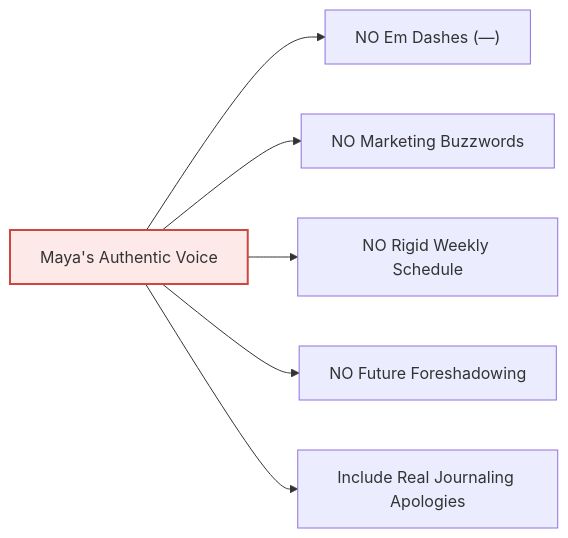
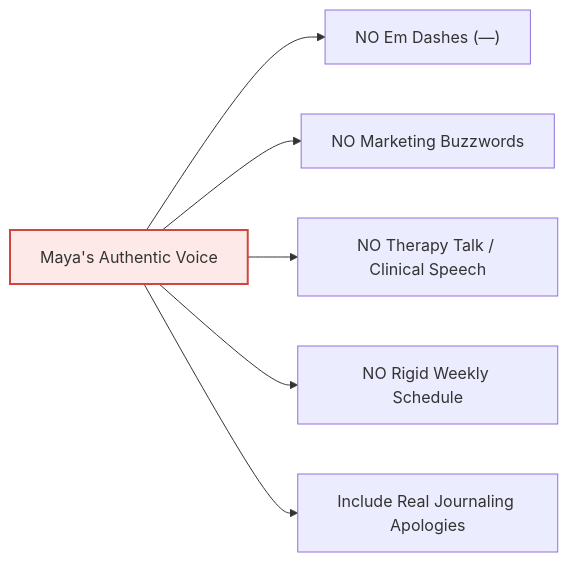
Before and after one commit to genericService/desert-bloom-diary: the diagram in docs/character/02_personality_and_voice_guide.md, drawn with Mermaid. The commit also changed other lines of this file and 1 other file, not shown here.

Commit message:
docs: add natural relationship bickering, going to bed upset, healthy resolution, and strict NO THERAPY TALK rule

````diff
--- a/docs/character/02_personality_and_voice_guide.md
+++ b/docs/character/02_personality_and_voice_guide.md
@@ -44,10 +46,10 @@
 ```mermaid
 graph LR
     A["Maya's Authentic Voice"] --> B["NO Em Dashes (—)"]
     A --> C["NO Marketing Buzzwords"]
-    A --> D["NO Rigid Weekly Schedule"]
-    A --> E["NO Future Foreshadowing"]
+    A --> D["NO Therapy Talk / Clinical Speech"]
+    A --> E["NO Rigid Weekly Schedule"]
     A --> F["Include Real Journaling Apologies"]
     
     style A fill:#fdeae8,stroke:#cd473e,stroke-width:2px;
 ```
````
